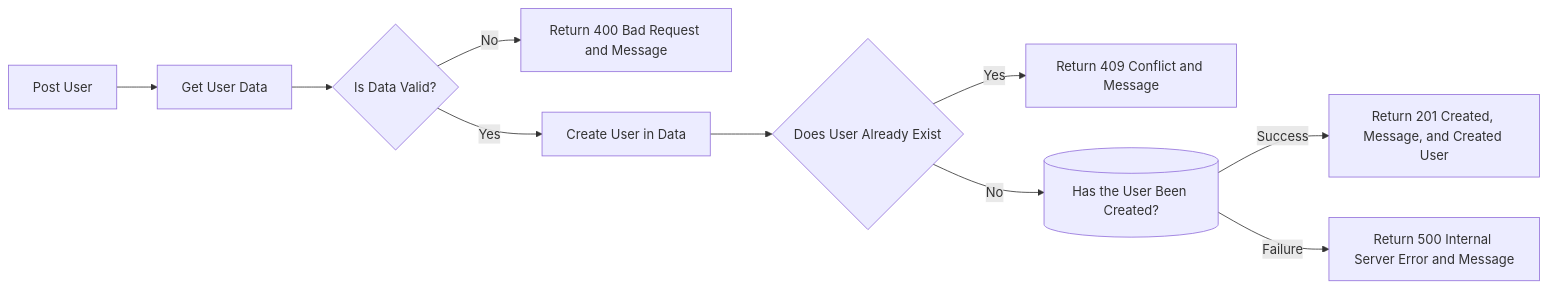
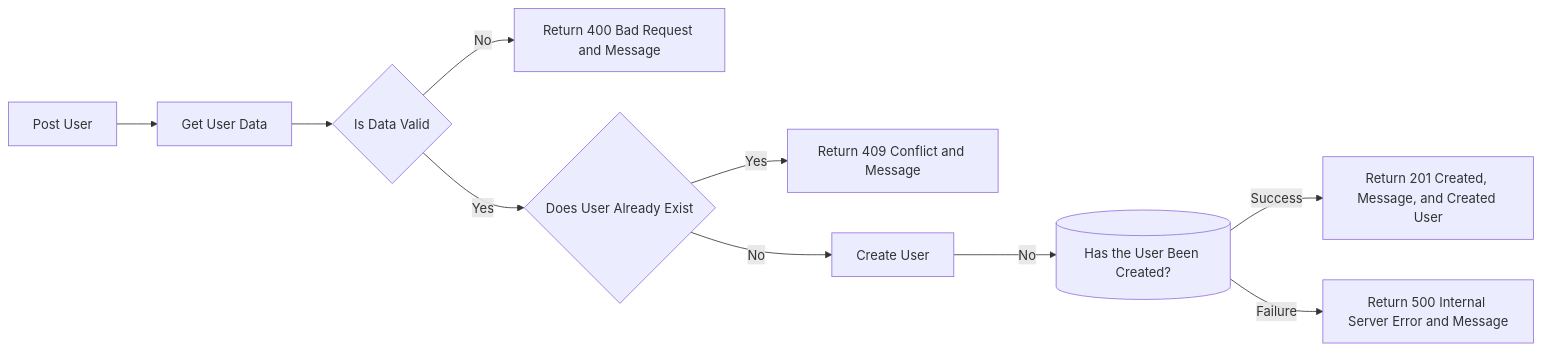
One commit to kalsmic/tdd_challenge changed the sixth of 8 diagrams in README.md. Above: the diagram before and after it, drawn with Mermaid. The commit also changed other lines of this file and 3 other files, not shown here.

````diff
--- a/README.md
+++ b/README.md
@@ -72,12 +72,12 @@
 ```mermaid
 graph LR
 A[Post User]-->B
-B[Get User Data]-->C{Is Data Valid?}
+B[Get User Data]-->C{Is Data Valid}
 C -->|No|D[Return 400 Bad Request and Message]
-C -->|Yes|E[Create User in Data]
-E -->F{Does User Already Exist }
-F -->|Yes|G[Return 409 Conflict and Message]
-F -->|No |K[(Has the User Been Created?)]
-K -->|Success|L[Return 201 Created, Message, and Created User]
-K -->|Failure|M[Return 500 Internal Server Error and Message]
+C -->|Yes|E{Does User Already Exist }
+E -->|Yes|F[Return 409 Conflict and Message]
+E -->|No|G[Create User]
+G -->|No|H[(Has the User Been Created?)]
+H -->|Success|I[Return 201 Created, Message, and Created User]
+H -->|Failure|J[Return 500 Internal Server Error and Message]
 ```
````
